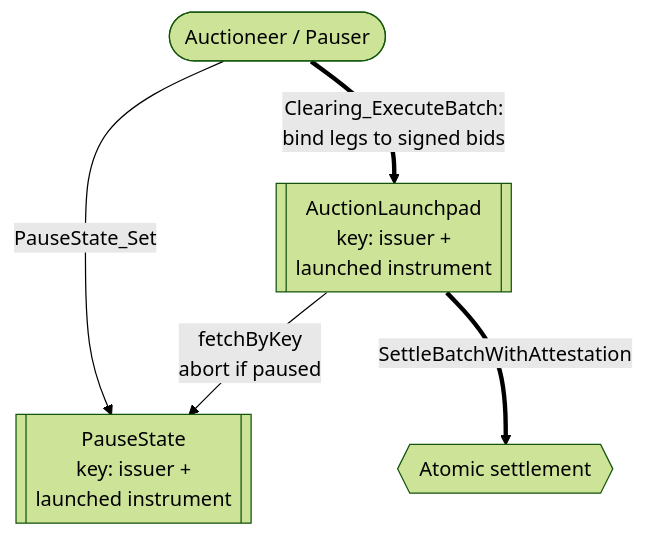
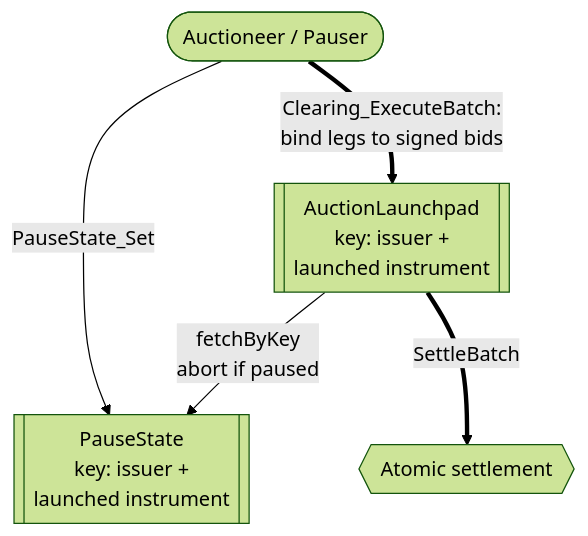
The fifth of 5 diagrams in docs/reference-architectures/confidential-auction.md (OpenZeppelin/canton-specs), drawn with Mermaid (forest theme) before and after one commit. The commit also changed other lines of this file and 4 other files, not shown here.

````diff
--- a/docs/reference-architectures/confidential-auction.md
+++ b/docs/reference-architectures/confidential-auction.md
@@ -282,12 +282,12 @@
 ```mermaid
 flowchart TD
     Auctioneer([Auctioneer / Pauser])
     LP[["AuctionLaunchpad<br/>key: issuer +<br/>launched instrument"]]
     Pause[["PauseState<br/>key: issuer +<br/>launched instrument"]]
     Settle{{Atomic settlement}}
 
     Auctioneer -->|"PauseState_Set"| Pause
     Auctioneer ==>|"Clearing_ExecuteBatch:<br/>bind legs to signed bids"| LP
     LP -->|"fetchByKey<br/>abort if paused"| Pause
-    LP ==>|"SettleBatchWithAttestation"| Settle
+    LP ==>|"SettleBatch"| Settle
 ```
````
